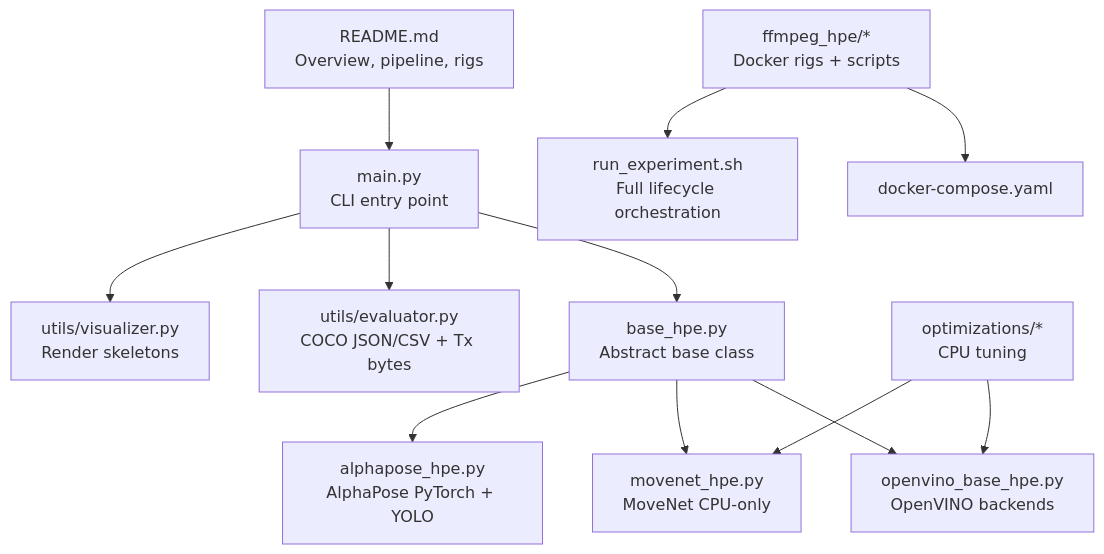
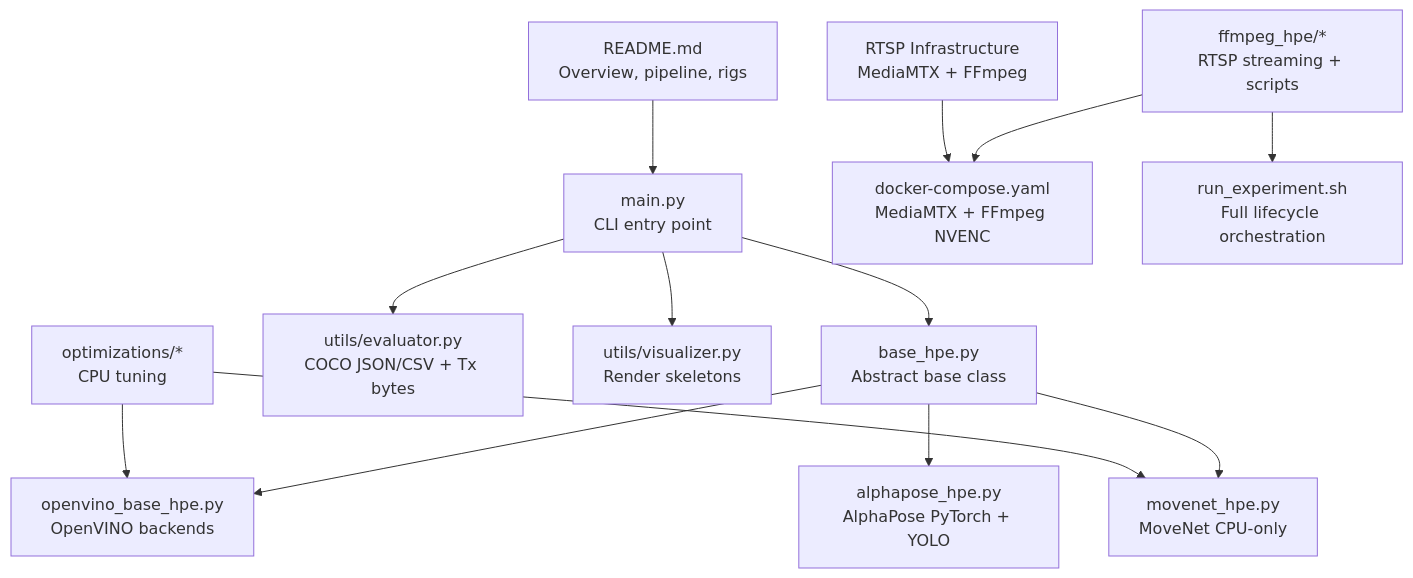
One commit to Fogus-Gr/MeasurementsDTs changed the first of 8 diagrams in .qoder/repowiki/en/content/Getting Started/Session Report 2026-05-06.md. Above: the diagram before and after it, drawn with Mermaid. The commit also changed other lines of this file and 12 other files, not shown here.

````diff
--- a/.qoder/repowiki/en/content/Getting Started/Session Report 2026-05-06.md
+++ b/.qoder/repowiki/en/content/Getting Started/Session Report 2026-05-06.md
@@ -42,14 +55,15 @@
 ```mermaid
 graph TB
 A["README.md<br/>Overview, pipeline, rigs"] --> B["main.py<br/>CLI entry point"]
 B --> C["base_hpe.py<br/>Abstract base class"]
 C --> D["openvino_base_hpe.py<br/>OpenVINO backends"]
 C --> E["movenet_hpe.py<br/>MoveNet CPU-only"]
 C --> F["alphapose_hpe.py<br/>AlphaPose PyTorch + YOLO"]
 B --> G["utils/evaluator.py<br/>COCO JSON/CSV + Tx bytes"]
 B --> H["utils/visualizer.py<br/>Render skeletons"]
 I["optimizations/*<br/>CPU tuning"] --> D
 I --> E
-J["ffmpeg_hpe/*<br/>Docker rigs + scripts"] --> K["docker-compose.yaml"]
+J["ffmpeg_hpe/*<br/>RTSP streaming + scripts"] --> K["docker-compose.yaml<br/>MediaMTX + FFmpeg NVENC"]
 J --> L["run_experiment.sh<br/>Full lifecycle orchestration"]
+M["RTSP Infrastructure<br/>MediaMTX + FFmpeg"] --> K
 ```
````
